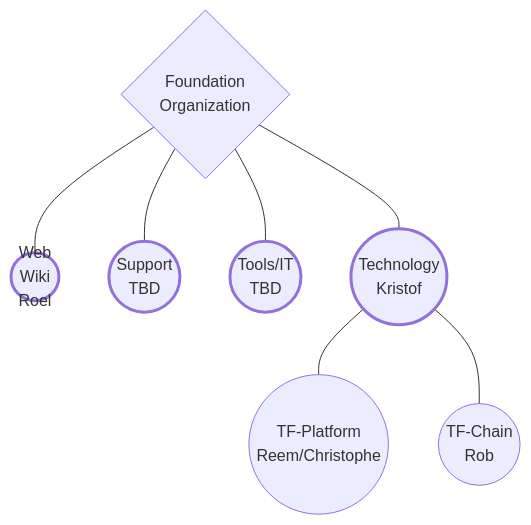
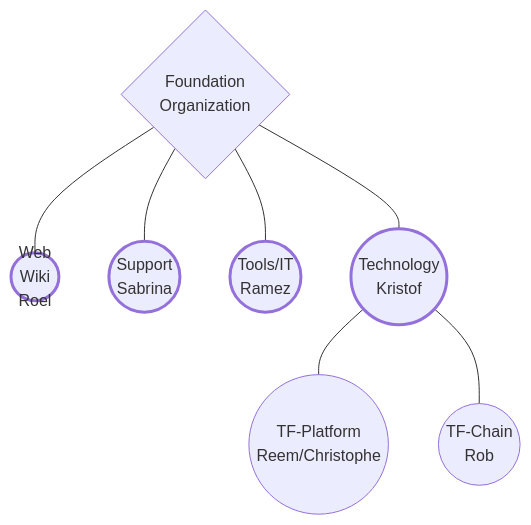
The second of 2 diagrams in docs/circles/README.md (xmonader/info_foundation), drawn with Mermaid before and after one commit. The commit also changed other lines of this file and 1 other file, not shown here.

````diff
--- a/docs/circles/README.md
+++ b/docs/circles/README.md
@@ -41,17 +41,17 @@
 ```mermaid
 
 graph TB; 
     Foundation{Foundation<br>Organization}
     Foundation --- Web((Web<br>Wiki<br>Roel))
-    Foundation --- Support((Support<br>TBD))
-    Foundation --- IT((Tools/IT<br>TBD))
+    Foundation --- Support((Support<br>Sabrina))
+    Foundation --- IT((Tools/IT<br>Ramez))
     Foundation --- Tech((Technology<br>Kristof))
     Tech  --- TFPlatform((TF-Platform<br>Reem/Christophe))
     Tech  --- TFCHain((TF-Chain<br>Rob))
 
     classDef circle text-align:center,stroke:#33,stroke-width:3px;  
 
     class Web,Support,IT,Tech,Evangelization circle;
 
 
 ```
````
